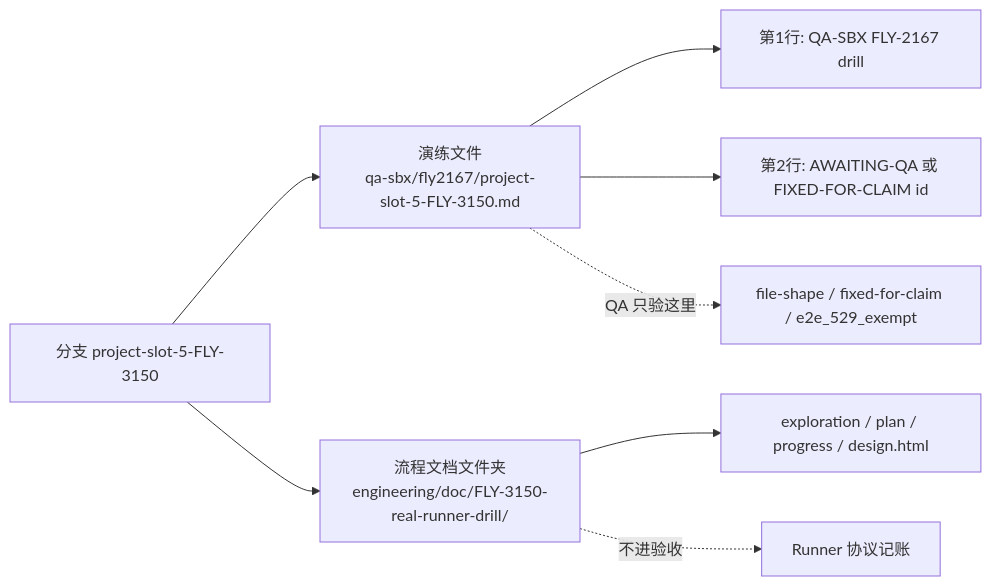
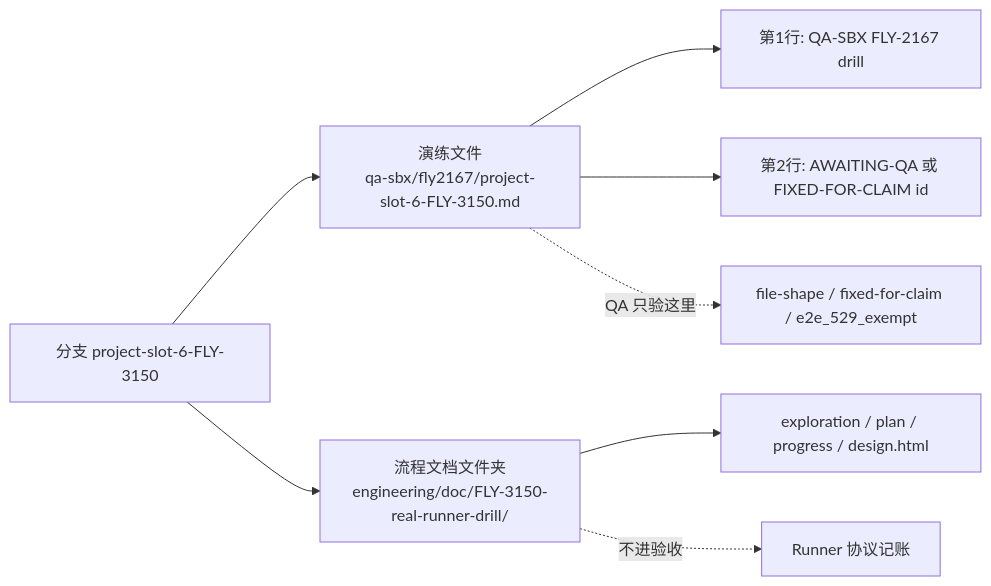
One commit to xrliAnnie/flywheel-qa-sandbox changed the diagram in engineering/doc/FLY-3150-real-runner-drill/d2-data-model.mmd. Above: the diagram before and after it, drawn with Mermaid. The commit also changed 5 other files, not shown here.

Commit message:
docs(qa-sbx): FLY-3150 design HTML + review record for run 0750ae00

```diff
--- a/engineering/doc/FLY-3150-real-runner-drill/d2-data-model.mmd
+++ b/engineering/doc/FLY-3150-real-runner-drill/d2-data-model.mmd
@@ -1,8 +1,8 @@
 flowchart LR
-    B["分支 project-slot-5-FLY-3150"] --> T["演练文件<br/>qa-sbx/fly2167/project-slot-5-FLY-3150.md"]
+    B["分支 project-slot-6-FLY-3150"] --> T["演练文件<br/>qa-sbx/fly2167/project-slot-6-FLY-3150.md"]
     B --> P["流程文档文件夹<br/>engineering/doc/FLY-3150-real-runner-drill/"]
     T --> L1["第1行: QA-SBX FLY-2167 drill"]
     T --> L2["第2行: AWAITING-QA 或 FIXED-FOR-CLAIM id"]
     P --> X["exploration / plan / progress / design.html"]
     T -. "QA 只验这里" .-> C["file-shape / fixed-for-claim / e2e_529_exempt"]
     P -. "不进验收" .-> N["Runner 协议记账"]
```
